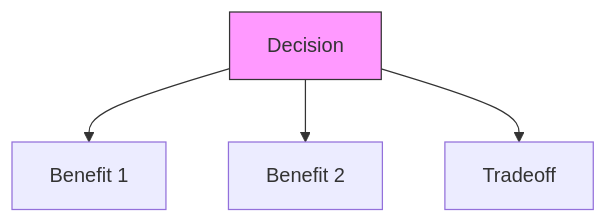
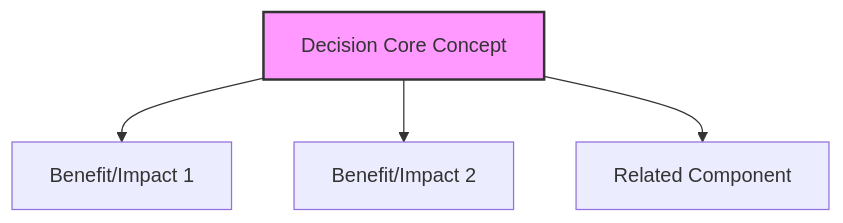
Before and after one commit to loganrooks/philosothon: the first of 2 diagrams in docs/adr/template.md, drawn with Mermaid. The commit also changed other lines of this file and 9 other files, not shown here.

Commit message:
Enhance ADR template with detailed sections for decision context, drivers, alternatives, consequences, implementation, security, migration, success metrics, dependencies, and version history

````diff
--- a/docs/adr/template.md
+++ b/docs/adr/template.md
@@ -40,7 +89,8 @@
 ```mermaid
+%% Diagram illustrating the core concept or impact of the decision
 graph TD
-    A[Decision] --> B[Benefit 1]
-    A --> C[Benefit 2]
-    A --> D[Tradeoff]
-    style A fill:#f9f,stroke:#333
+    A[Decision Core Concept] --> B[Benefit/Impact 1]
+    A --> C[Benefit/Impact 2]
+    A --> D[Related Component]
+    style A fill:#f9f,stroke:#333,stroke-width:2px
 ```
````
